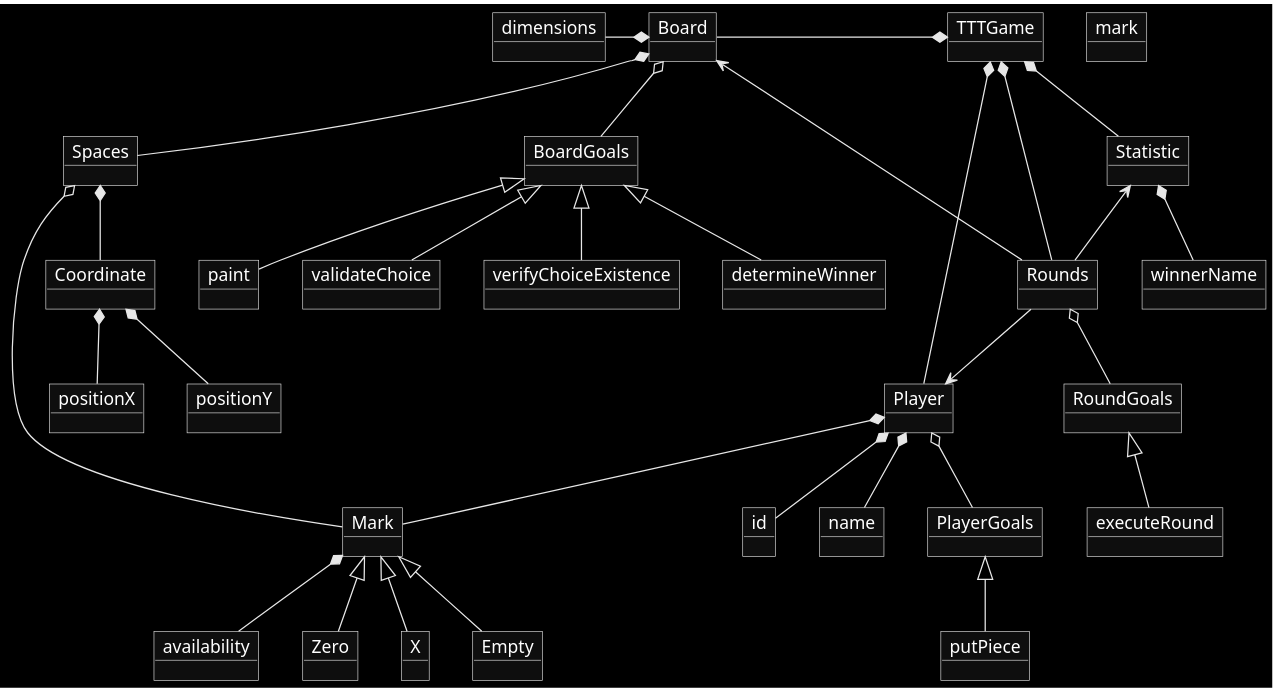
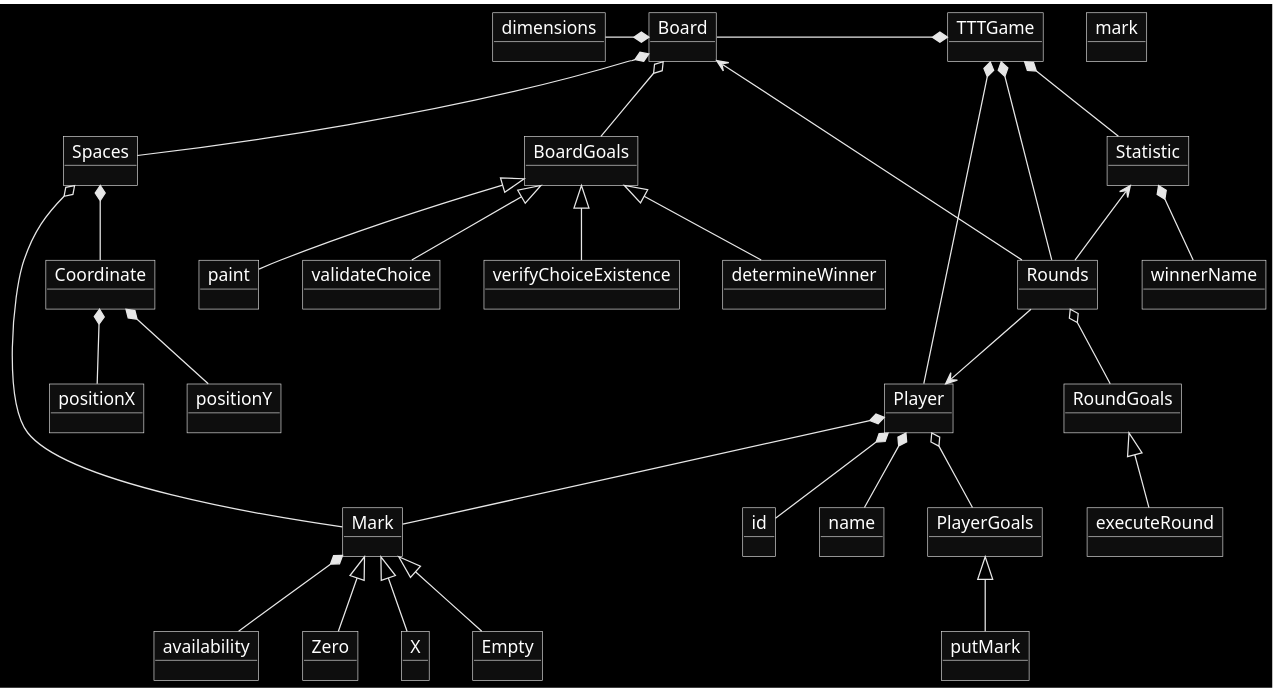
One commit to oliver-sierra-telus/DSU-TicTacToe changed the diagram in docs/DomainModel.wsd. Above: the diagram before and after it, drawn with PlantUML. The commit also changed 1 other file, not shown here.

```diff
--- a/docs/DomainModel.wsd
+++ b/docs/DomainModel.wsd
@@ -1,73 +1,73 @@
 @startuml DomainModel
 
 skinparam monochrome reverse
 
 object TTTGame
     object Board
         object dimensions
         object Spaces
             object Coordinate
                 object positionX
                 object positionY
     object BoardGoals
         object paint
         object validateChoice
         object verifyChoiceExistence
         object determineWinner
     object Player
         object id
         object name
         object mark
         object PlayerGoals
-            object putPiece
+            object putMark
     object Rounds
         object RoundGoals
             object executeRound
     object Mark
         object Zero
         object X
         object Empty
         object availability
     object Statistic
         object winnerName
 
 TTTGame *-left- Board
 TTTGame *-- Player
 TTTGame *-- Rounds
 TTTGame *-- Statistic
 
 Board *-left- dimensions
 Board *-- Spaces
 Board o-- BoardGoals
 BoardGoals <|-- paint
 BoardGoals <|-- validateChoice
 BoardGoals <|-- verifyChoiceExistence
 BoardGoals <|-- determineWinner
 
 Spaces *-- Coordinate
 Spaces o-- Mark
 
 Coordinate *-- positionX
 Coordinate *-- positionY
 
 Rounds o-- RoundGoals
 Rounds --> Player
 Rounds --> Board
 RoundGoals <|-- executeRound
 
 Player *-- id
 Player *-- name
 Player *-- Mark
 Player o-- PlayerGoals
-PlayerGoals <|-- putPiece
+PlayerGoals <|-- putMark
 
 Mark <|-- Zero
 Mark <|-- X
 Mark <|-- Empty
 Mark *-- availability
 
 Statistic *-- winnerName
 Statistic <-- Rounds
 
 
 @enduml
```
